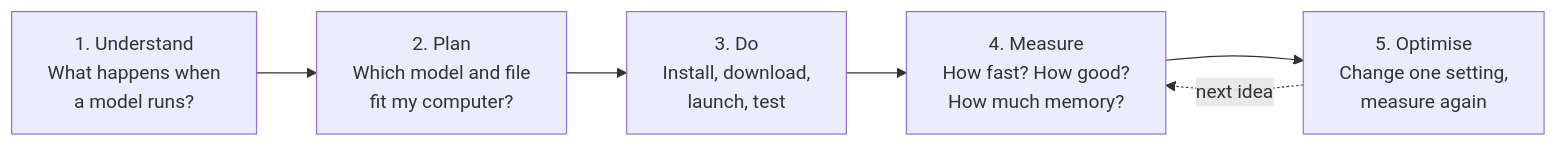
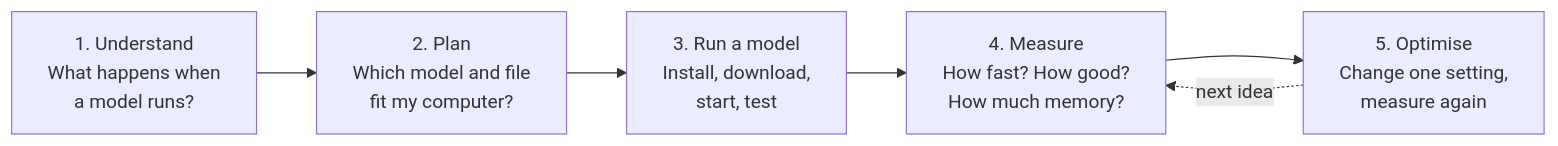
The diagram in docs/README.md (jellydn/tiny-local-ai), drawn with Mermaid before and after one commit. The commit also changed other lines of this file and 9 other files, not shown here.

````diff
--- a/docs/README.md
+++ b/docs/README.md
@@ -17,8 +17,8 @@
 ```mermaid
 flowchart LR
     A["1. Understand<br/>What happens when<br/>a model runs?"] --> B["2. Plan<br/>Which model and file<br/>fit my computer?"]
-    B --> C["3. Do<br/>Install, download,<br/>launch, test"]
+    B --> C["3. Run a model<br/>Install, download,<br/>start, test"]
     C --> D["4. Measure<br/>How fast? How good?<br/>How much memory?"]
     D --> E["5. Optimise<br/>Change one setting,<br/>measure again"]
     E -.->|"next idea"| D
 ```
````
